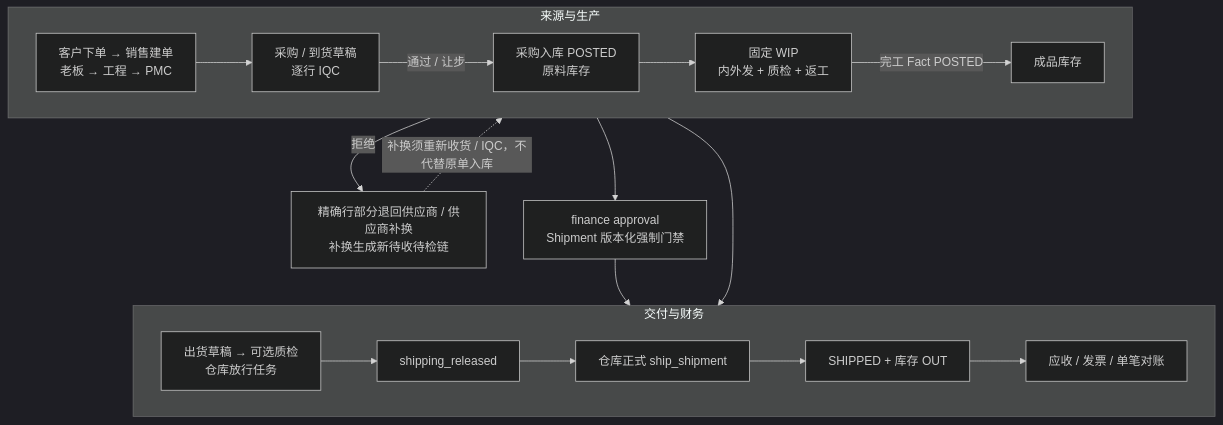
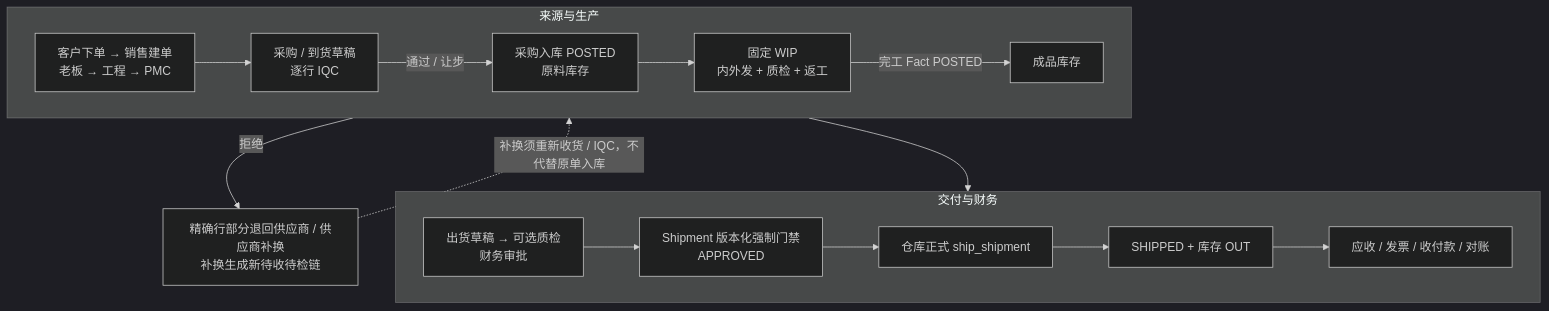
One commit to saurick/plush-toy-erp changed the fourth of 17 diagrams in docs/customers/yoyoosun/角色能力与流程矩阵.md. Above: the diagram before and after it, drawn with Mermaid (dark theme). The commit also changed other lines of this file and 107 other files, not shown here.

````diff
--- a/docs/customers/yoyoosun/角色能力与流程矩阵.md
+++ b/docs/customers/yoyoosun/角色能力与流程矩阵.md
@@ -540,19 +536,18 @@
 ```mermaid
 flowchart TD
   subgraph sourceToStock["来源与生产"]
     direction LR
     order["客户下单 → 销售建单<br/>老板 → 工程 → PMC"] --> supply["采购 / 到货草稿<br/>逐行 IQC"]
     supply -- "通过 / 让步" --> materialStock["采购入库 POSTED<br/>原料库存"]
     materialStock --> wip["固定 WIP<br/>内外发 + 质检 + 返工"]
     wip -- "完工 Fact POSTED" --> finishedStock["成品库存"]
   end
   supply -- "拒绝" --> rejection["精确行部分退回供应商 / 供应商补换<br/>补换生成新待收待检链"]
   rejection -. "补换须重新收货 / IQC，不代替原单入库" .-> supply
   subgraph stockToFinance["交付与财务"]
     direction LR
-    release["出货草稿 → 可选质检<br/>仓库放行任务"] --> released["shipping_released"]
-    released --> ship["仓库正式 ship_shipment"] --> shipped["SHIPPED + 库存 OUT"] --> finance["应收 / 发票 / 单笔对账"]
+    release["出货草稿 → 可选质检<br/>财务审批"] --> released["Shipment 版本化强制门禁<br/>APPROVED"]
+    released --> ship["仓库正式 ship_shipment"] --> shipped["SHIPPED + 库存 OUT"] --> finance["应收 / 发票 / 收付款 / 对账"]
   end
   finishedStock --> release
-  finishedStock --> financeCandidate["finance approval<br/>Shipment 版本化强制门禁"] --> release
 ```
````
